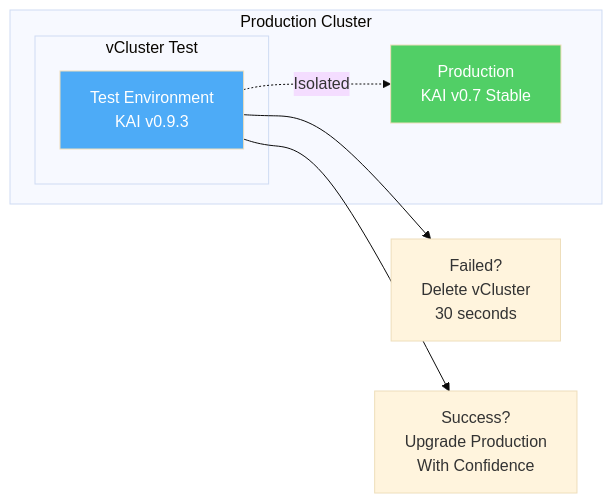
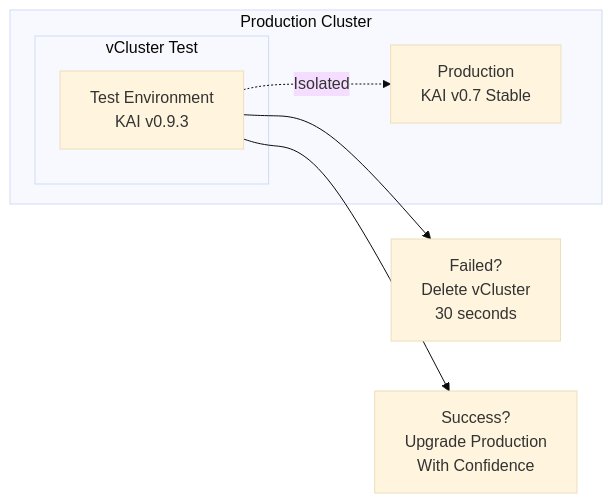
Before and after one commit to Piotr1215/youtube: the third of 3 diagrams in kai-scheduler/presentation.md, drawn with Mermaid (base theme). The commit also changed other lines of this file and 2 other files, not shown here.

Commit message:
kai: improve demo flow

````diff
--- a/kai-scheduler/presentation.md
+++ b/kai-scheduler/presentation.md
@@ -184,21 +195,18 @@
 ```mermaid +render
 graph LR
     subgraph "Production Cluster"
         subgraph "vCluster Test"
             TEST["Test Environment<br/>KAI v0.9.3"]
         end
 
         PROD["Production<br/>KAI v0.7 Stable"]
 
         TEST -.->|"Isolated"| PROD
     end
 
     ROLLBACK["Failed?<br/>Delete vCluster<br/>30 seconds"]
     SUCCESS["Success?<br/>Upgrade Production<br/>With Confidence"]
 
     TEST --> ROLLBACK
     TEST --> SUCCESS
-
-    style TEST fill:#4dabf7,color:#fff
-    style PROD fill:#51cf66,color:#fff
 ```
````
